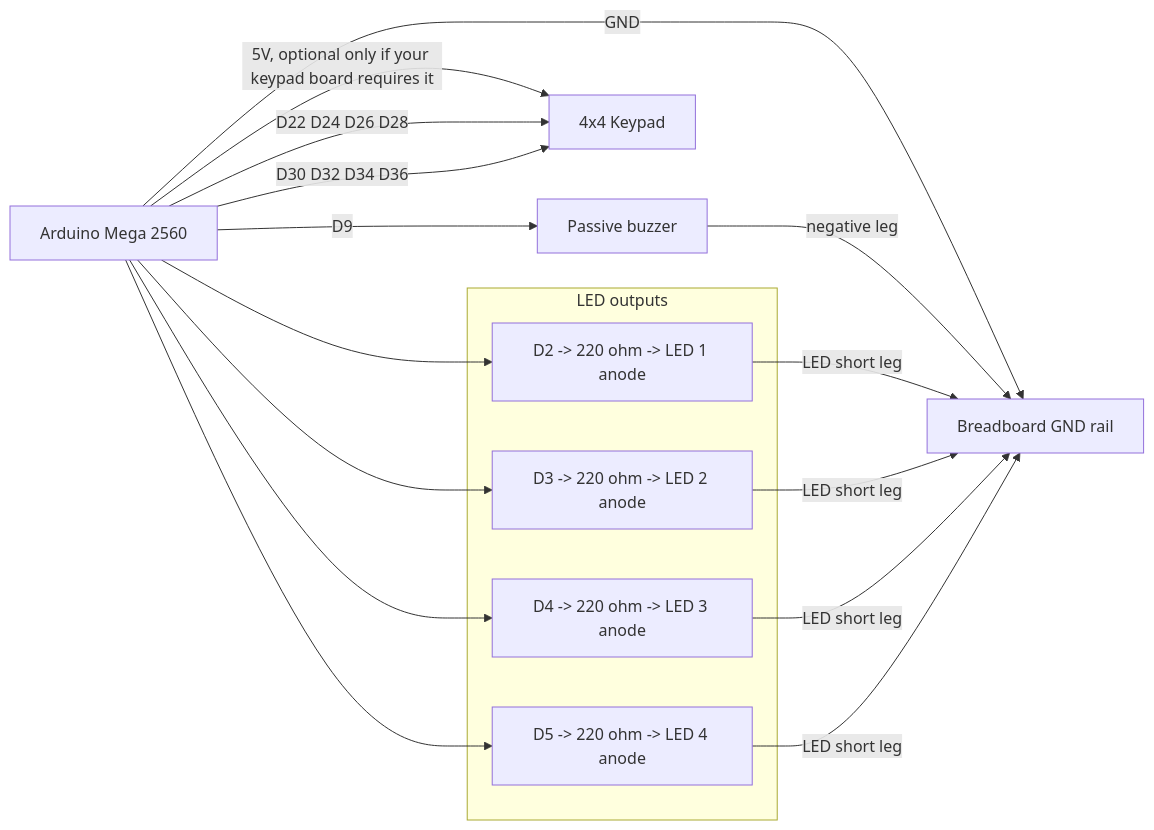
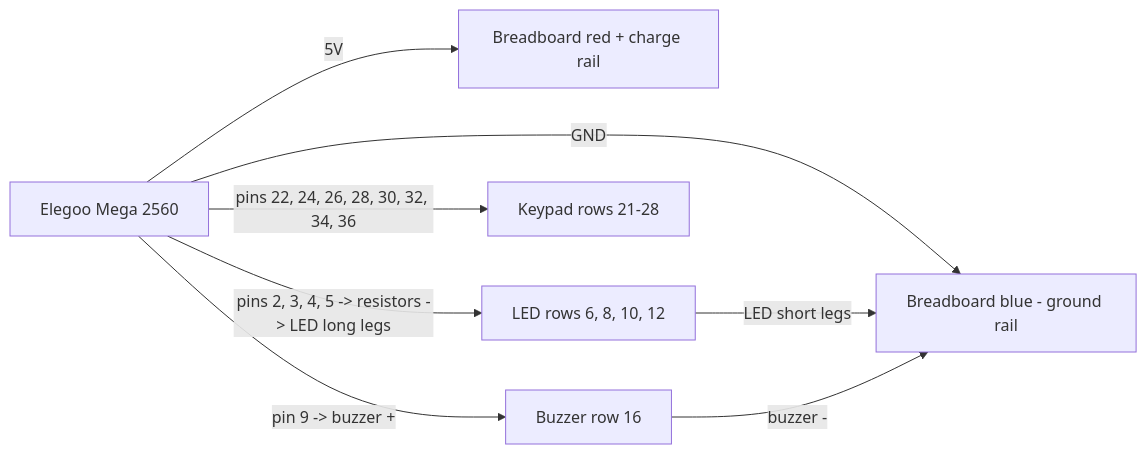
One commit to masonamoore/ArudinoLightsGame changed the diagram in docs/wiring.md. Above: the diagram before and after it, drawn with Mermaid. The commit also changed other lines of this file and 3 other files, not shown here.

Commit message:
Clarify Elegoo breadboard wiring

````diff
--- a/docs/wiring.md
+++ b/docs/wiring.md
@@ -29,30 +57,17 @@
 ```mermaid
 flowchart LR
-  Mega["Arduino Mega 2560"]
-  RailG["Breadboard GND rail"]
-  Keypad["4x4 Keypad"]
-  Buzzer["Passive buzzer"]
+  Mega["Elegoo Mega 2560"]
+  Charge["Breadboard red + charge rail"]
+  Ground["Breadboard blue - ground rail"]
+  LEDS["LED rows 6, 8, 10, 12"]
+  Keypad["Keypad rows 21-28"]
+  Buzzer["Buzzer row 16"]
 
-  Mega -- "5V, optional only if your keypad board requires it" --> Keypad
-  Mega -- "GND" --> RailG
-  Mega -- "D22 D24 D26 D28" --> Keypad
-  Mega -- "D30 D32 D34 D36" --> Keypad
-  Mega -- "D9" --> Buzzer
-  Buzzer -- "negative leg" --> RailG
-
-  subgraph LEDs["LED outputs"]
-    L1["D2 -> 220 ohm -> LED 1 anode"]
-    L2["D3 -> 220 ohm -> LED 2 anode"]
-    L3["D4 -> 220 ohm -> LED 3 anode"]
-    L4["D5 -> 220 ohm -> LED 4 anode"]
-  end
-
-  Mega --> L1
-  Mega --> L2
-  Mega --> L3
-  Mega --> L4
-  L1 -- "LED short leg" --> RailG
-  L2 -- "LED short leg" --> RailG
-  L3 -- "LED short leg" --> RailG
-  L4 -- "LED short leg" --> RailG
+  Mega -- "5V" --> Charge
+  Mega -- "GND" --> Ground
+  Mega -- "pins 2, 3, 4, 5 -> resistors -> LED long legs" --> LEDS
+  LEDS -- "LED short legs" --> Ground
+  Mega -- "pin 9 -> buzzer +" --> Buzzer
+  Buzzer -- "buzzer -" --> Ground
+  Mega -- "pins 22, 24, 26, 28, 30, 32, 34, 36" --> Keypad
 ```
````
